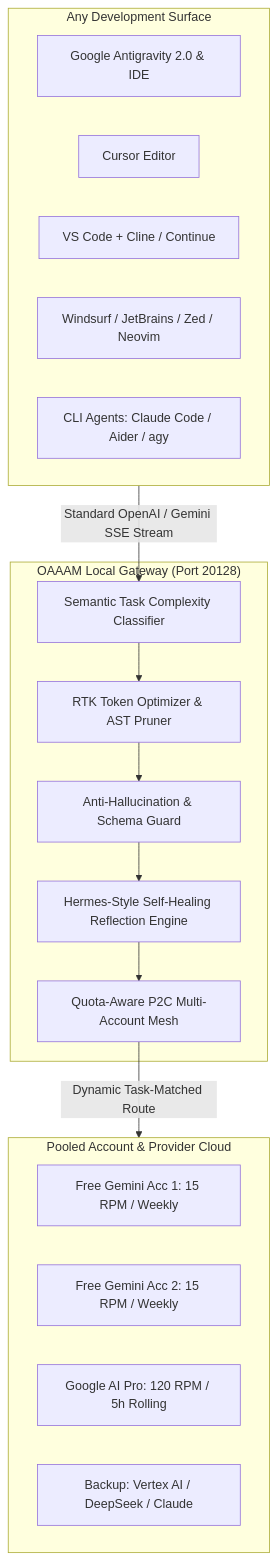
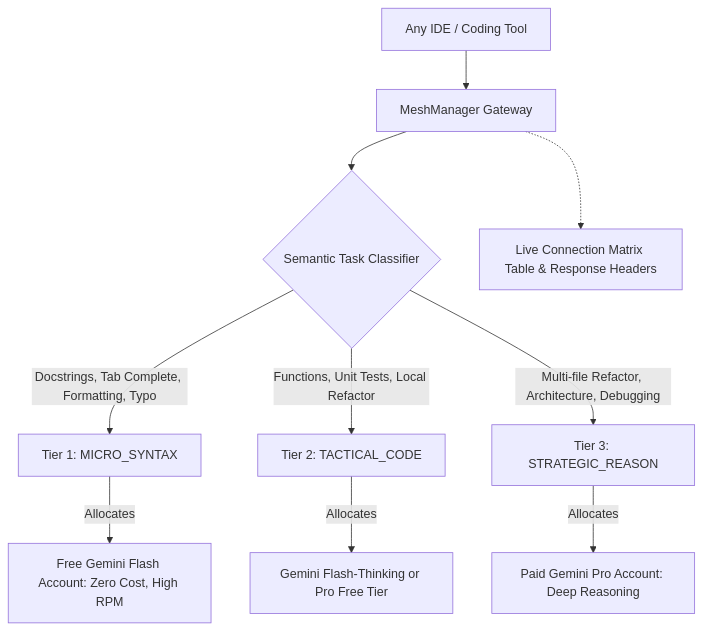
The diagram in README.md (ommedical/AiMeshManager), drawn with Mermaid before and after one commit. The commit also changed other lines of this file and 7 other files, not shown here.

Commit message:
feat(meshmanager): full rebrand to MeshManager v2.1 with rich multi-tab UI, persistent account CRUD, virtual model pins, key verification, and live activity matrix

````diff
--- a/README.md
+++ b/README.md
@@ -76,29 +89,15 @@
 ```mermaid
-graph TD
-    subgraph Clients ["Any Development Surface"]
-        A1[Google Antigravity 2.0 & IDE]
-        A2[Cursor Editor]
-        A3[VS Code + Cline / Continue]
-        A4[Windsurf / JetBrains / Zed / Neovim]
-        A5[CLI Agents: Claude Code / Aider / agy]
-    end
+flowchart TD
+    IDE[Any IDE / Coding Tool] --> MM[MeshManager Gateway]
+    MM --> Classify{Semantic Task Classifier}
+    
+    Classify -->|Docstrings, Tab Complete, Formatting, Typo| Micro[Tier 1: MICRO_SYNTAX]
+    Classify -->|Functions, Unit Tests, Local Refactor| Tactical[Tier 2: TACTICAL_CODE]
+    Classify -->|Multi-file Refactor, Architecture, Debugging| Strategic[Tier 3: STRATEGIC_REASON]
 
-    subgraph OAAAM ["OAAAM Local Gateway (Port 20128)"]
-        CL[Semantic Task Complexity Classifier]
-        OP[RTK Token Optimizer & AST Pruner]
-        AH[Anti-Hallucination & Schema Guard]
-        SH[Hermes-Style Self-Healing Reflection Engine]
-        MESH[Quota-Aware P2C Multi-Account Mesh]
-    end
+    Micro -->|Allocates| Flash[Free Gemini Flash Account: Zero Cost, High RPM]
+    Tactical -->|Allocates| Balanced[Gemini Flash-Thinking or Pro Free Tier]
+    Strategic -->|Allocates| Pro[Paid Gemini Pro Account: Deep Reasoning]
 
-    subgraph Upstream ["Pooled Account & Provider Cloud"]
-        ACC1[Free Gemini Acc 1: 15 RPM / Weekly]
-        ACC2[Free Gemini Acc 2: 15 RPM / Weekly]
-        ACC3[Google AI Pro: 120 RPM / 5h Rolling]
-        ACC4[Backup: Vertex AI / DeepSeek / Claude]
-    end
-
-    Clients -->|Standard OpenAI / Gemini SSE Stream| CL
-    CL --> OP --> AH --> SH --> MESH
-    MESH -->|Dynamic Task-Matched Route| Upstream
+    MM -.-> LiveFeed[Live Connection Matrix Table & Response Headers]
 ```
````
